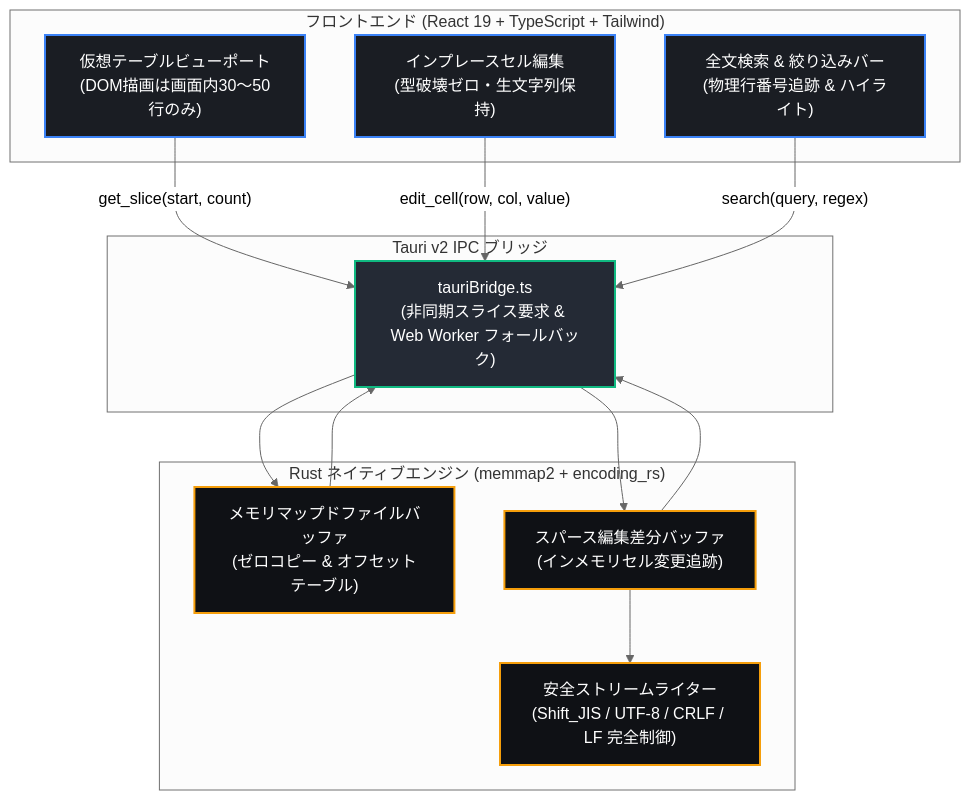
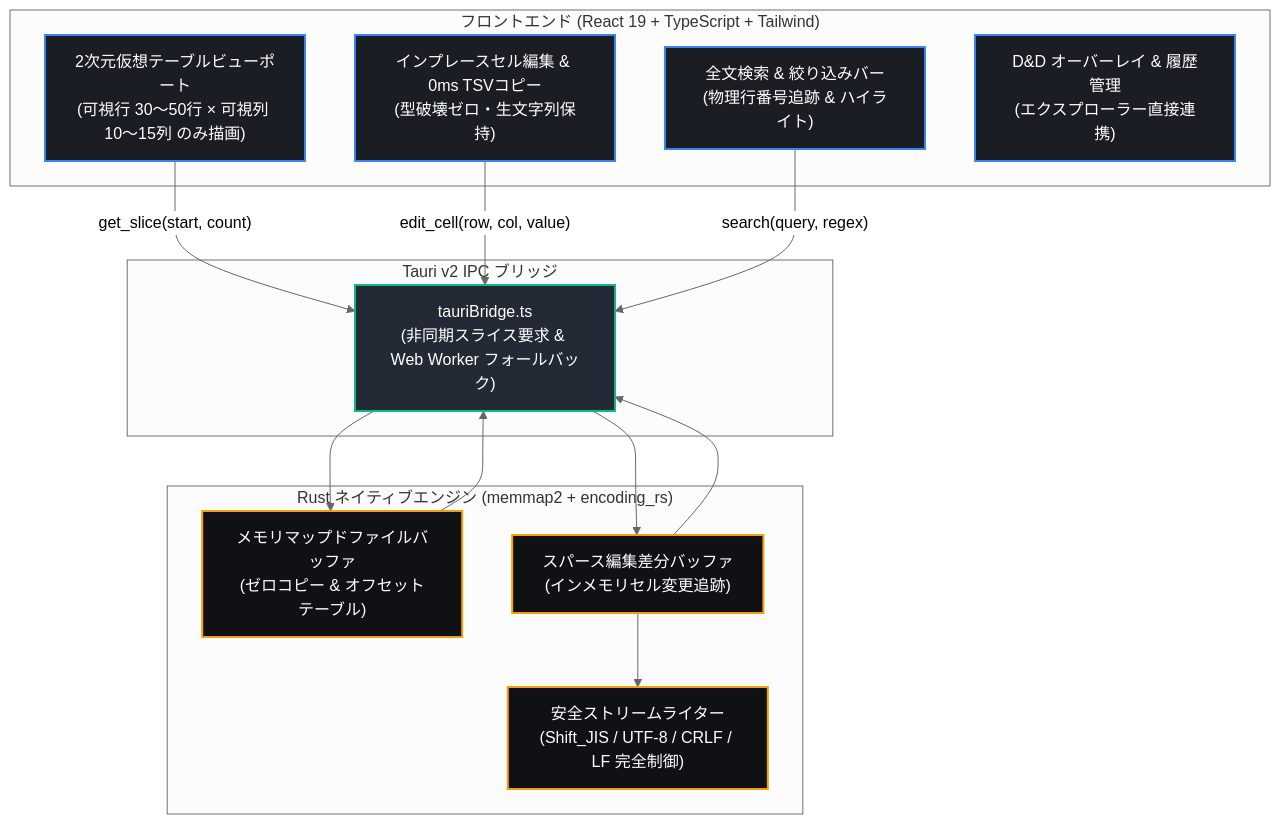
The diagram in README_JA.md (tkshnkgwr/QuCSView), drawn with Mermaid (neutral theme) before and after one commit. The commit also changed other lines of this file and 21 other files, not shown here.

````diff
--- a/README_JA.md
+++ b/README_JA.md
@@ -40,31 +42,32 @@
 ```mermaid
 graph TD
     classDef ui fill:#1A1D23,stroke:#3B82F6,stroke-width:2px,color:#FFFFFF;
     classDef bridge fill:#242A35,stroke:#10B981,stroke-width:2px,color:#FFFFFF;
     classDef core fill:#0F1115,stroke:#F59E0B,stroke-width:2px,color:#FFFFFF;
 
     subgraph Client ["フロントエンド (React 19 + TypeScript + Tailwind)"]
-        UI_Table["仮想テーブルビューポート<br/>(DOM描画は画面内30〜50行のみ)"]:::ui
+        UI_Table["2次元仮想テーブルビューポート<br/>(可視行 30〜50行 × 可視列 10〜15列 のみ描画)"]:::ui
         UI_Search["全文検索 & 絞り込みバー<br/>(物理行番号追跡 & ハイライト)"]:::ui
-        UI_Edit["インプレースセル編集<br/>(型破壊ゼロ・生文字列保持)"]:::ui
+        UI_Edit["インプレースセル編集 & 0ms TSVコピー<br/>(型破壊ゼロ・生文字列保持)"]:::ui
+        UI_DnD["D&D オーバーレイ & 履歴管理<br/>(エクスプローラー直接連携)"]:::ui
     end
 
     subgraph IPC ["Tauri v2 IPC ブリッジ"]
         IPC_Bridge["tauriBridge.ts<br/>(非同期スライス要求 & Web Worker フォールバック)"]:::bridge
     end
 
     subgraph Backend ["Rust ネイティブエンジン (memmap2 + encoding_rs)"]
         MMap["メモリマップドファイルバッファ<br/>(ゼロコピー & オフセットテーブル)"]:::core
         DiffBuffer["スパース編集差分バッファ<br/>(インメモリセル変更追跡)"]:::core
         Writer["安全ストリームライター<br/>(Shift_JIS / UTF-8 / CRLF / LF 完全制御)"]:::core
     end
 
     UI_Table -->|"get_slice(start, count)"| IPC_Bridge
     UI_Edit -->|"edit_cell(row, col, value)"| IPC_Bridge
     UI_Search -->|"search(query, regex)"| IPC_Bridge
     IPC_Bridge --> MMap
     MMap --> IPC_Bridge
     IPC_Bridge --> DiffBuffer
     DiffBuffer --> IPC_Bridge
     DiffBuffer --> Writer
 ```
````
